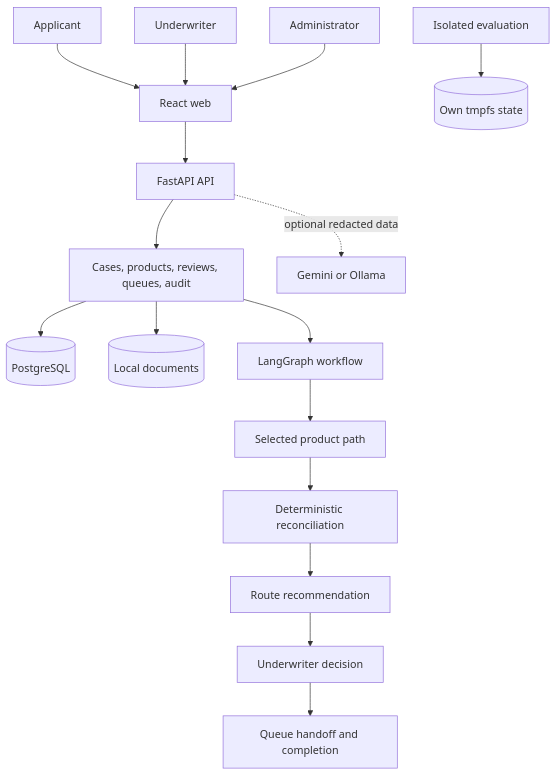
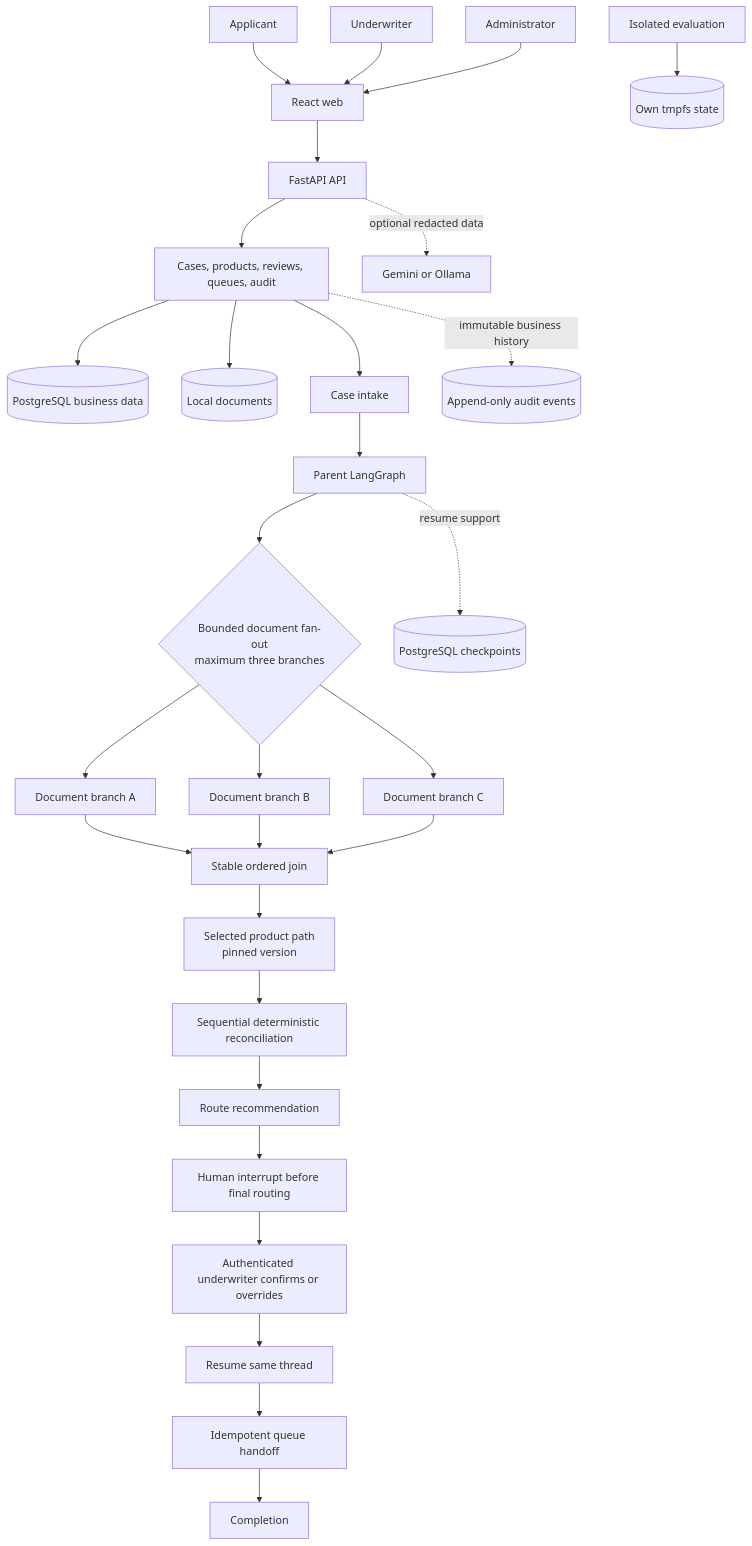
Before and after one commit to saurav-cgr/underwrite_flow: the diagram in README.md, drawn with Mermaid. The commit also changed other lines of this file and 2 other files, not shown here.

Commit message:
docs(readme): complete operation guidance

````diff
--- a/README.md
+++ b/README.md
@@ -141,18 +210,31 @@
 ```mermaid
 flowchart TD
     Applicant --> Web[React web]
     Underwriter --> Web
     Administrator --> Web
     Web --> API[FastAPI API]
     API --> Domain[Cases, products, reviews, queues, audit]
-    Domain --> Store[(PostgreSQL)]
+    Domain --> Store[(PostgreSQL business data)]
     Domain --> Documents[(Local documents)]
-    Domain --> Workflow[LangGraph workflow]
-    Workflow --> Product[Selected product path]
-    Product --> Reconcile[Deterministic reconciliation]
+    Domain --> Intake[Case intake]
+    Intake --> Parent[Parent LangGraph]
+    Parent --> Fanout{Bounded document fan-out<br/>maximum three branches}
+    Fanout --> BranchA[Document branch A]
+    Fanout --> BranchB[Document branch B]
+    Fanout --> BranchC[Document branch C]
+    BranchA --> Join[Stable ordered join]
+    BranchB --> Join
+    BranchC --> Join
+    Join --> Product[Selected product path<br/>pinned version]
+    Product --> Reconcile[Sequential deterministic reconciliation]
     Reconcile --> Recommend[Route recommendation]
-    Recommend --> Human[Underwriter decision]
-    Human --> Complete[Queue handoff and completion]
+    Recommend --> Interrupt[Human interrupt before final routing]
+    Interrupt --> Review[Authenticated underwriter confirms or overrides]
+    Review --> Resume[Resume same thread]
+    Resume --> Handoff[Idempotent queue handoff]
+    Handoff --> Complete[Completion]
+    Parent -. resume support .-> Checkpoints[(PostgreSQL checkpoints)]
+    Domain -. immutable business history .-> Audit[(Append-only audit events)]
     API -. optional redacted data .-> Provider[Gemini or Ollama]
     Evaluation[Isolated evaluation] --> EvalData[(Own tmpfs state)]
 ```
````
